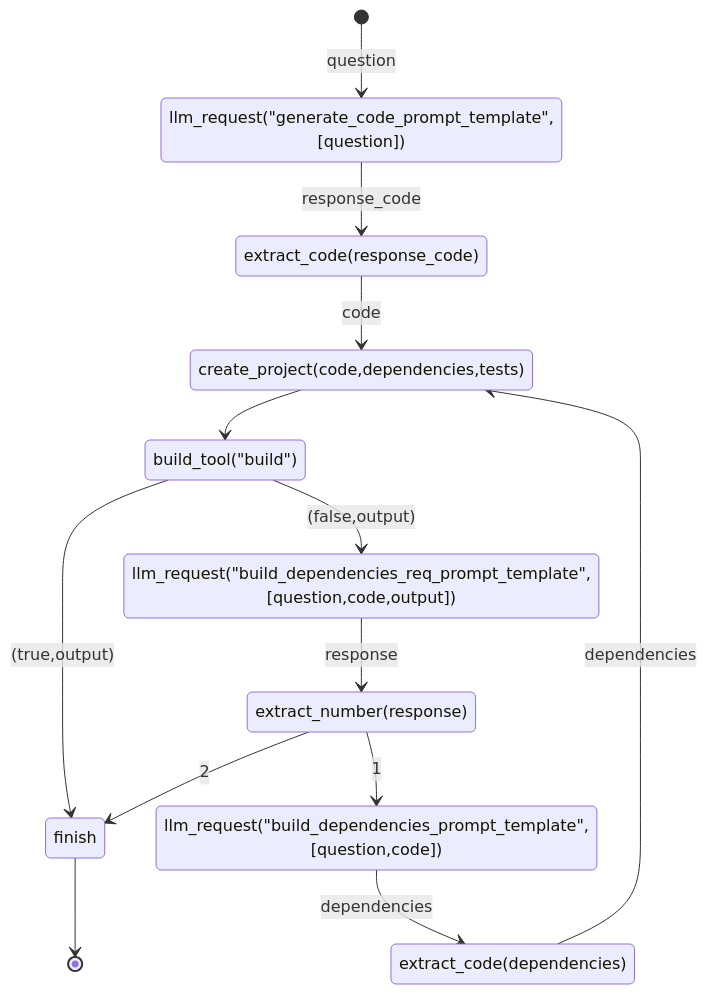
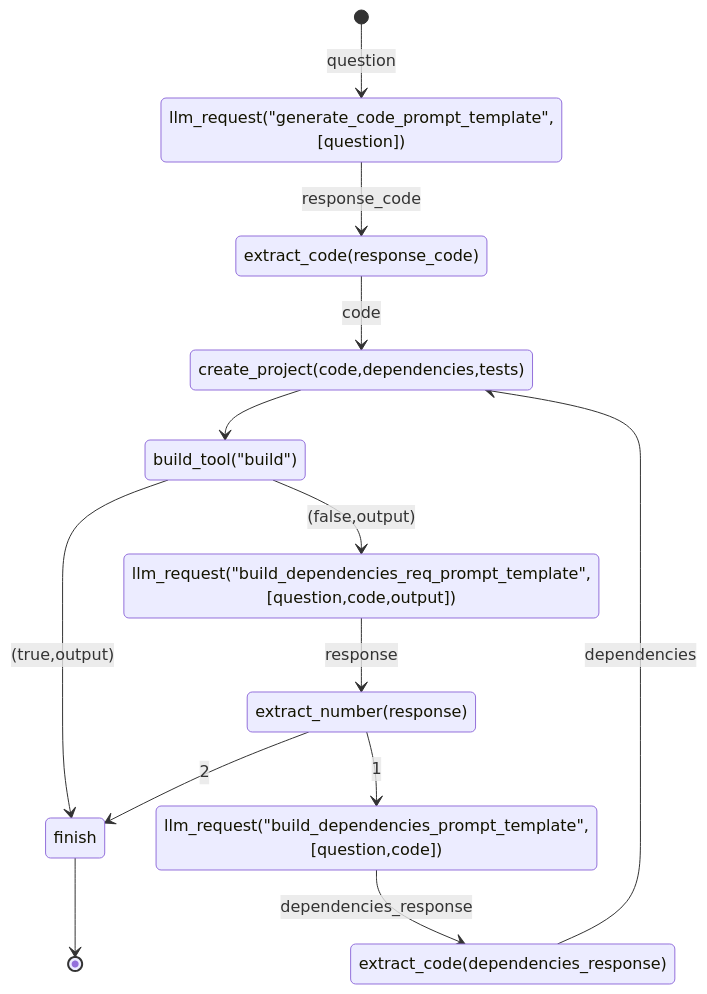
One commit to rizgan/LLM-Logic-Exec-Verify changed the diagram in state.md. Above: the diagram before and after it, drawn with Mermaid.

````diff
--- a/state.md
+++ b/state.md
@@ -38,15 +38,15 @@
 ```mermaid
 stateDiagram
 [*] --> llm_request("generate_code_prompt_template",[question]) : question
 llm_request("generate_code_prompt_template",[question]) --> extract_code(response_code) : response_code
 extract_code(response_code) --> create_project(code,dependencies,tests) : code
 create_project(code,dependencies,tests) --> build_tool("build")
 build_tool("build") --> finish : (true,output) 
 build_tool("build") --> llm_request("build_dependencies_req_prompt_template",[question,code,output]) : (false,output) 
 llm_request("build_dependencies_req_prompt_template",[question,code,output])  --> extract_number(response) : response
 extract_number(response) --> finish : 2
 extract_number(response) -->  llm_request("build_dependencies_prompt_template",[question,code]) : 1
-llm_request("build_dependencies_prompt_template",[question,code]) --> extract_code(dependencies) : dependencies
-extract_code(dependencies) --> create_project(code,dependencies,tests) : dependencies 
+llm_request("build_dependencies_prompt_template",[question,code]) --> extract_code(dependencies_response) : dependencies_response
+extract_code(dependencies_response) --> create_project(code,dependencies,tests) : dependencies 
 finish --> [*]
 ```
````
